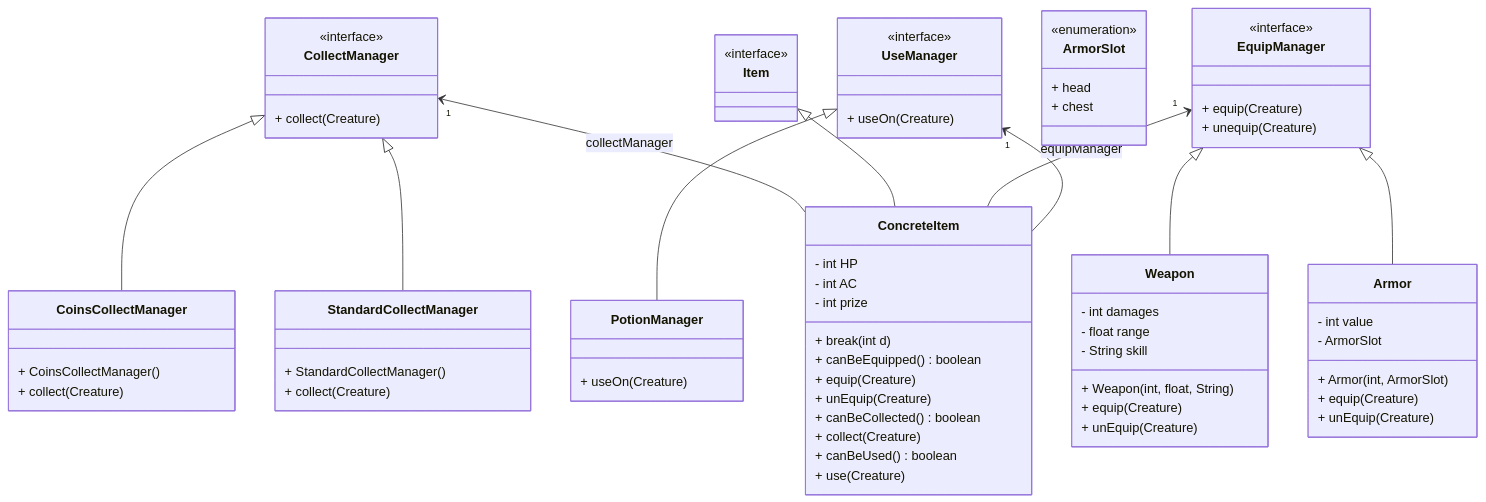
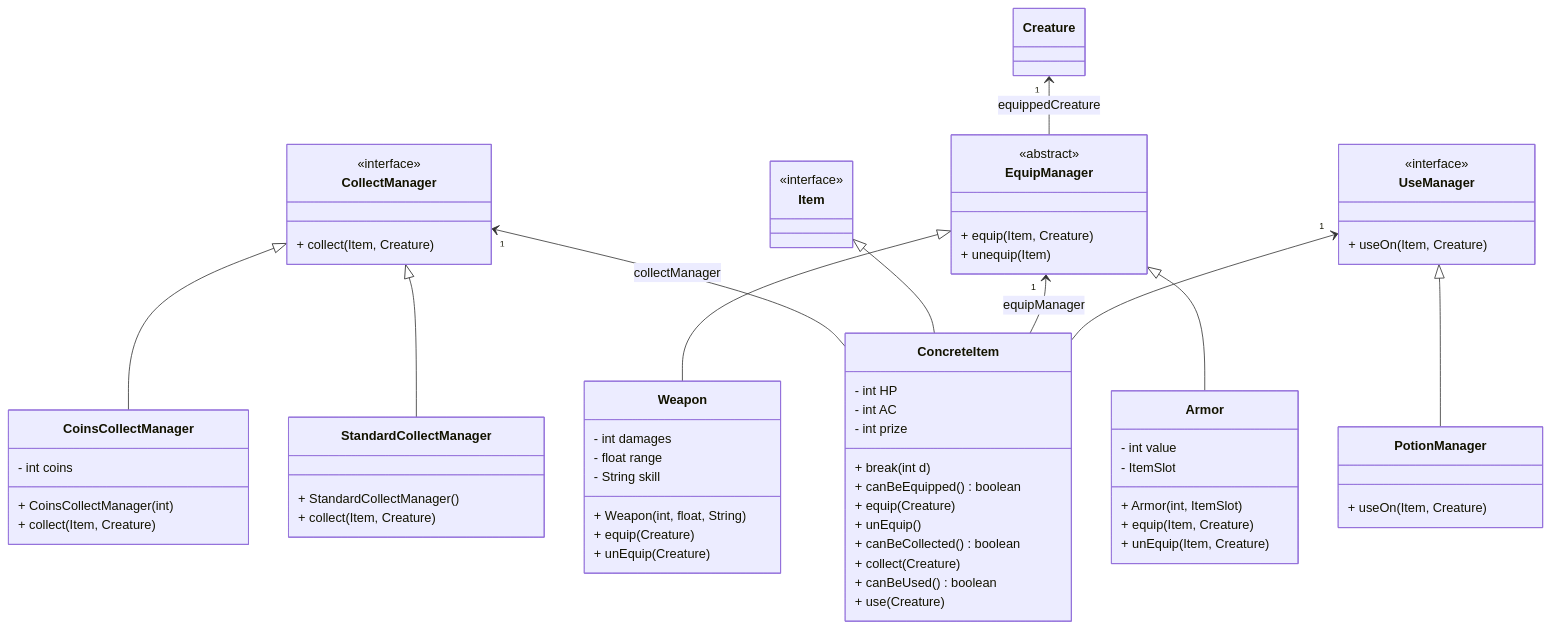
One commit to StrangeClone/GreatGame changed diagram 13 of 37 in documentation/Version_0_1.md. Above: the diagram before and after it, drawn with Mermaid. The commit also changed other lines of this file and 18 other files, not shown here.

````diff
--- a/documentation/Version_0_1.md
+++ b/documentation/Version_0_1.md
@@ -504,72 +500,69 @@
 ```mermaid
 classDiagram
     class CollectManager {
         <<interface>>
-        + collect(Creature)
+        + collect(Item, Creature)
     }
     CollectManager "1" <-- ConcreteItem : collectManager
     class StandardCollectManager {
         + StandardCollectManager()
-        + collect(Creature)
+        + collect(Item, Creature)
     }
     CollectManager <|-- StandardCollectManager
     class CoinsCollectManager {
-        + CoinsCollectManager()
-        + collect(Creature)
+        - int coins
+        + CoinsCollectManager(int)
+        + collect(Item, Creature)
     }
     CollectManager <|-- CoinsCollectManager
     class Item {
         <<interface>>
     }
     class ConcreteItem {
         - int HP
         - int AC
         - int prize
         + break(int d)
         + canBeEquipped() boolean
         + equip(Creature)
-        + unEquip(Creature)
+        + unEquip()
         + canBeCollected() boolean
         + collect(Creature)
         + canBeUsed() boolean
         + use(Creature)
     }
     Item <|-- ConcreteItem
     class EquipManager {
-        <<interface>>
-        + equip(Creature)
-        + unequip(Creature)
+        <<abstract>>
+        + equip(Item, Creature)
+        + unequip(Item)
     }
+    Creature "1" <-- EquipManager : equippedCreature
     EquipManager "1" <-- ConcreteItem : equipManager
     class Armor {
         - int value
-        - ArmorSlot
-        + Armor(int, ArmorSlot)
-        + equip(Creature)
-        + unEquip(Creature)
-    }
-    class ArmorSlot {
-        <<enumeration>>
-        + head
-        + chest
+        - ItemSlot
+        + Armor(int, ItemSlot)
+        + equip(Item, Creature)
+        + unEquip(Item, Creature)
     }
     EquipManager <|-- Armor
     class Weapon {
         - int damages
         - float range
         - String skill
         + Weapon(int, float, String)
         + equip(Creature)
         + unEquip(Creature)
     }
     EquipManager <|-- Weapon
     class UseManager {
         <<interface>>
-        + useOn(Creature)
+        + useOn(Item, Creature)
     }
     UseManager "1" <-- ConcreteItem
     class PotionManager {
-        + useOn(Creature)
+        + useOn(Item, Creature)
     }
     UseManager <|-- PotionManager
 ```
````
